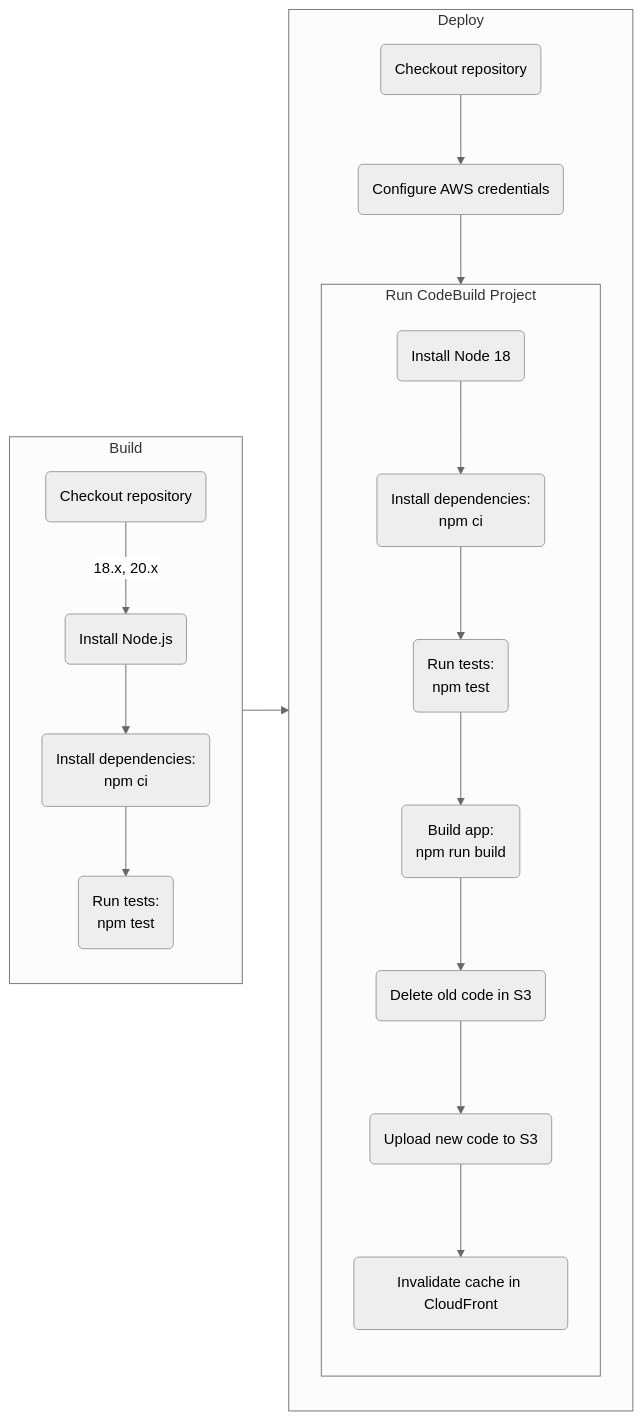
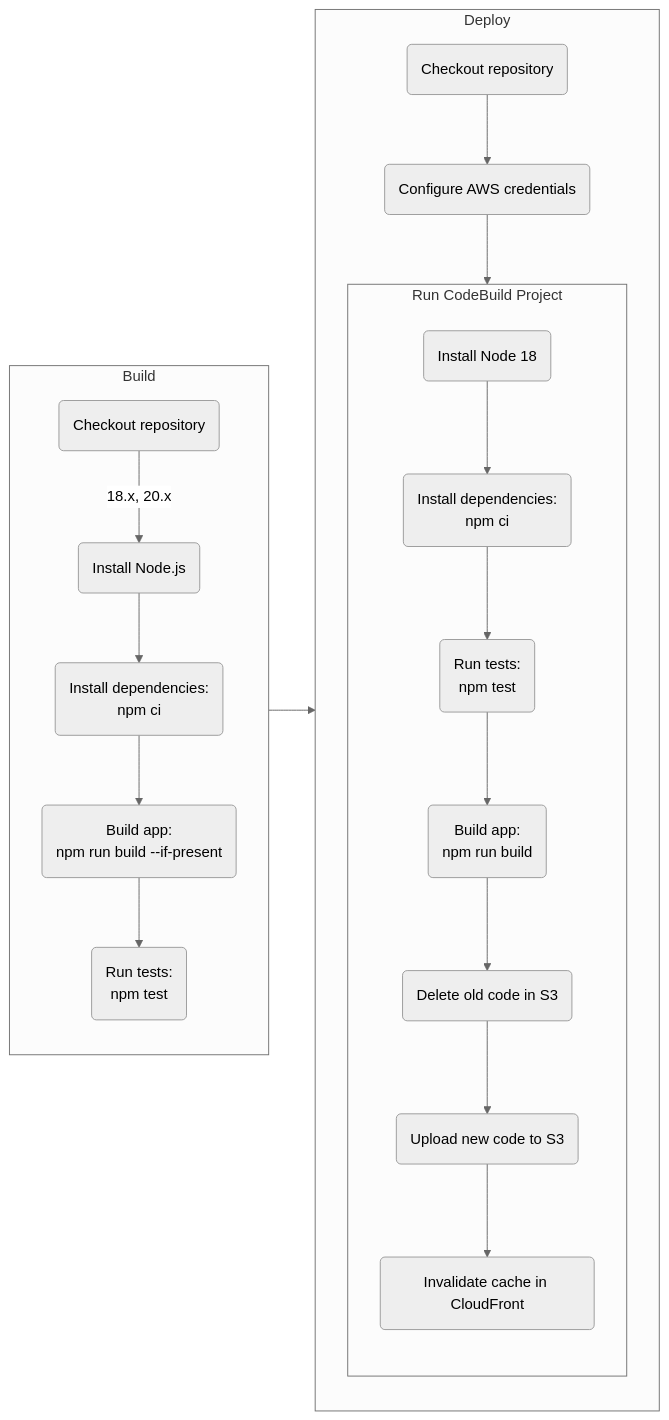
Before and after one commit to Abhiek187/aws-shop: the first of 4 diagrams in README.md, drawn with Mermaid (neutral theme). The commit also changed other lines of this file and 3 other files, not shown here.

Commit message:
Fix CodeBuild, RawAWSService, & update docs

````diff
--- a/README.md
+++ b/README.md
@@ -48,28 +48,29 @@
 ```mermaid
 flowchart LR
 
 A --> B
 
 subgraph A [Build]
 direction TB
 C(Checkout repository) -->|18.x, 20.x| D(Install Node.js)
 D --> E(Install dependencies:\nnpm ci)
-E --> F(Run tests:\nnpm test)
+E --> F(Build app:\nnpm run build --if-present)
+F --> G(Run tests:\nnpm test)
 end
 
 subgraph B [Deploy]
 direction TB
-G(Checkout repository) --> H(Configure AWS credentials)
-H --> I
+H(Checkout repository) --> I(Configure AWS credentials)
+I --> J
 end
 
-subgraph I [Run CodeBuild Project]
+subgraph J [Run CodeBuild Project]
 direction TB
-J(Install Node 18) --> K(Install dependencies:\nnpm ci)
-K --> L(Run tests:\nnpm test)
-L --> M(Build app:\nnpm run build)
-M --> N(Delete old code in S3)
-N --> O(Upload new code to S3)
-O --> P(Invalidate cache in CloudFront)
+K(Install Node 18) --> L(Install dependencies:\nnpm ci)
+L --> M(Run tests:\nnpm test)
+M --> N(Build app:\nnpm run build)
+N --> O(Delete old code in S3)
+O --> P(Upload new code to S3)
+P --> Q(Invalidate cache in CloudFront)
 end
 ```
````
